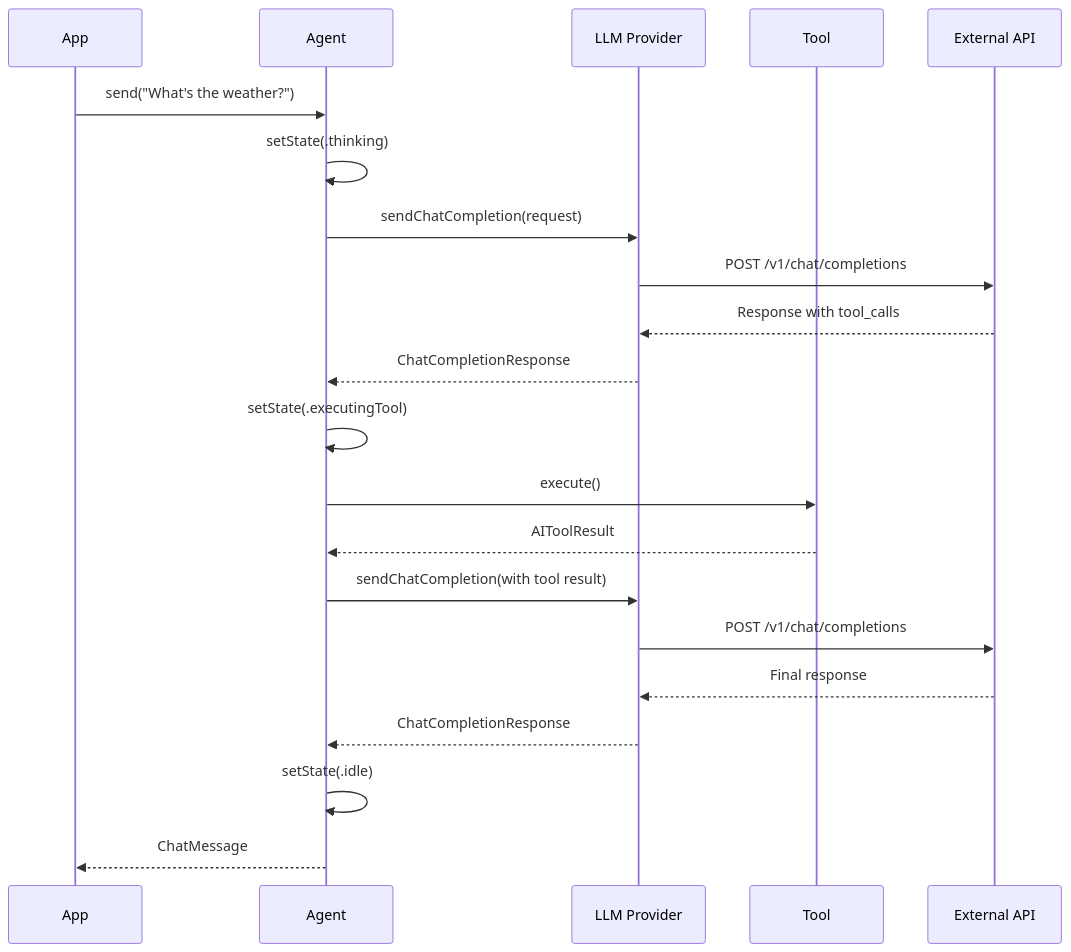
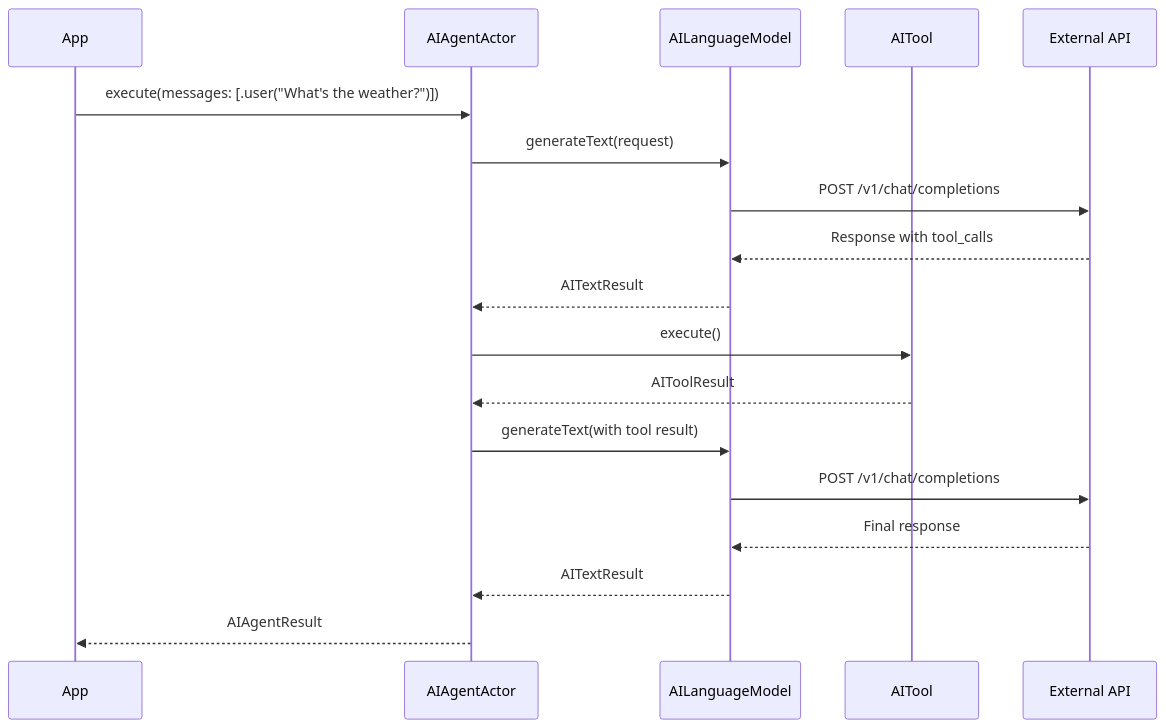
The second of 7 diagrams in docs/AISDK-ARCHITECTURE.md (DanielhCarranza/AISDK), drawn with Mermaid before and after one commit. The commit also changed other lines of this file and 8 other files, not shown here.

````diff
--- a/docs/AISDK-ARCHITECTURE.md
+++ b/docs/AISDK-ARCHITECTURE.md
@@ -117,27 +117,24 @@
 ```mermaid
 sequenceDiagram
     participant App
-    participant Agent
-    participant LLM as LLM Provider
-    participant Tool
+    participant Agent as AIAgentActor
+    participant LLM as AILanguageModel
+    participant Tool as AITool
     participant API as External API
 
-    App->>Agent: send("What's the weather?")
-    Agent->>Agent: setState(.thinking)
-    Agent->>LLM: sendChatCompletion(request)
+    App->>Agent: execute(messages: [.user("What's the weather?")])
+    Agent->>LLM: generateText(request)
     LLM->>API: POST /v1/chat/completions
     API-->>LLM: Response with tool_calls
-    LLM-->>Agent: ChatCompletionResponse
+    LLM-->>Agent: AITextResult
 
-    Agent->>Agent: setState(.executingTool)
     Agent->>Tool: execute()
     Tool-->>Agent: AIToolResult
 
-    Agent->>LLM: sendChatCompletion(with tool result)
+    Agent->>LLM: generateText(with tool result)
     LLM->>API: POST /v1/chat/completions
     API-->>LLM: Final response
-    LLM-->>Agent: ChatCompletionResponse
+    LLM-->>Agent: AITextResult
 
-    Agent->>Agent: setState(.idle)
-    Agent-->>App: ChatMessage
+    Agent-->>App: AIAgentResult
 ```
````
